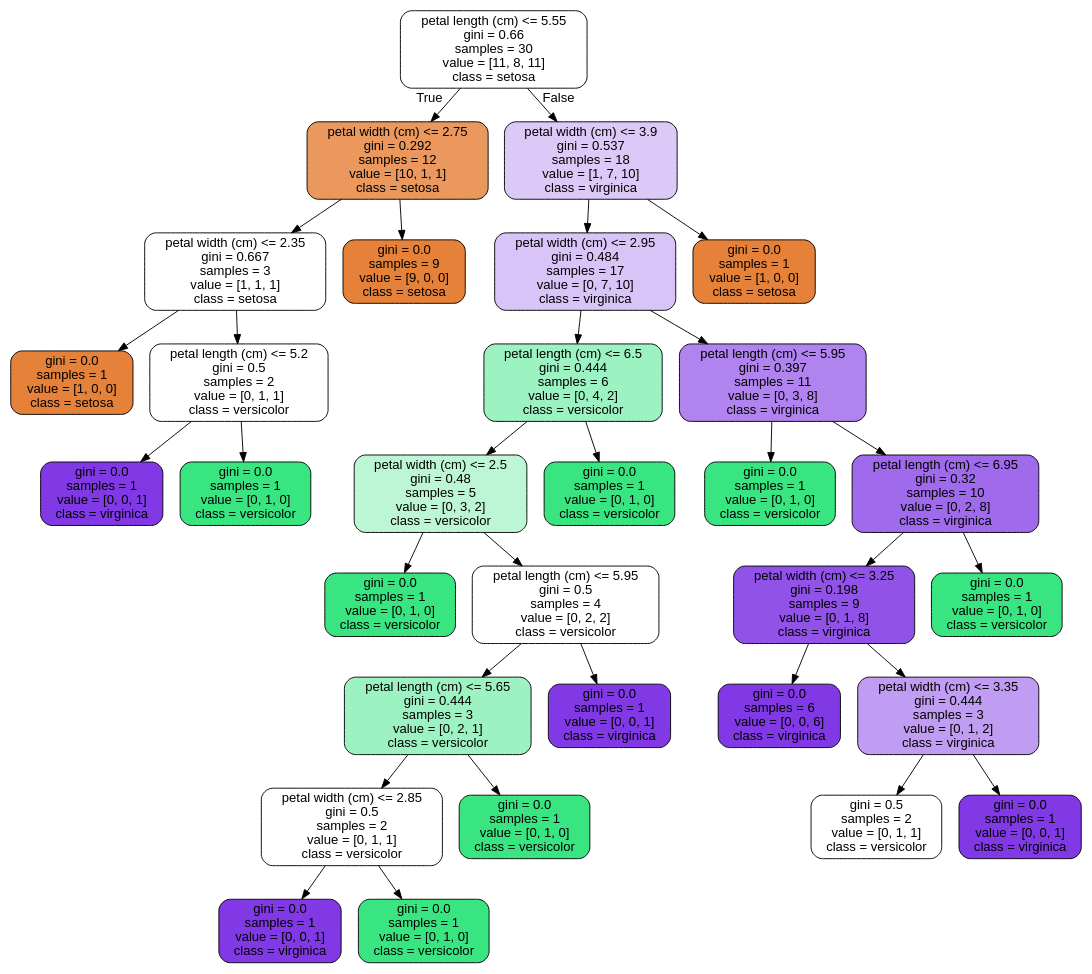
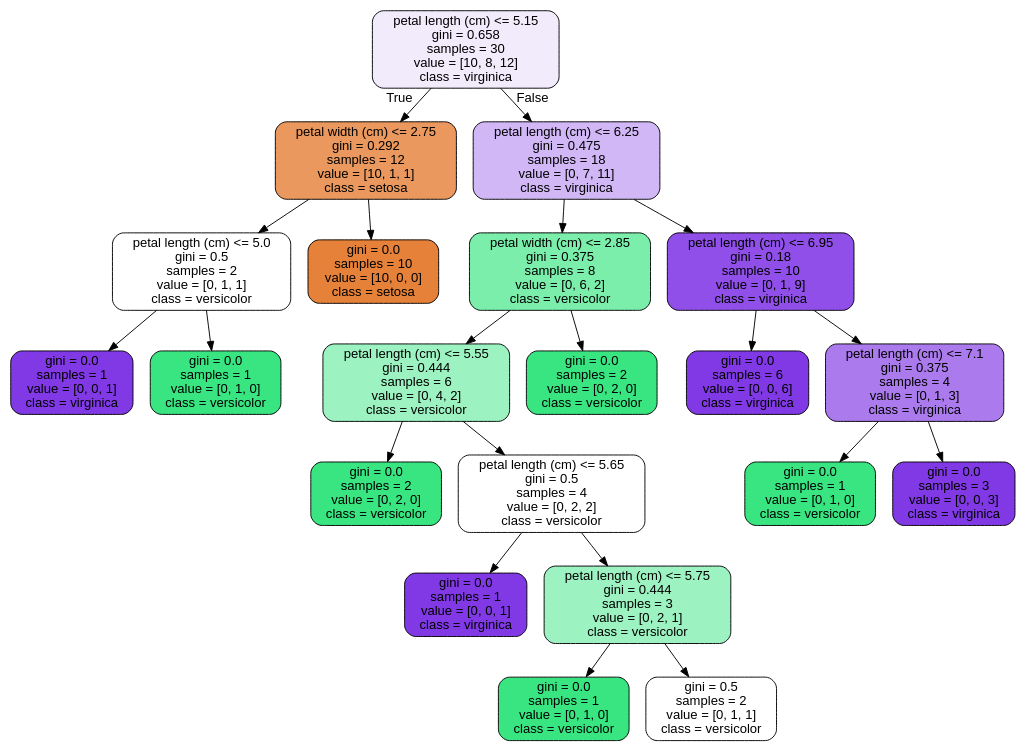
Before and after one commit to JoseDeJesusMendozaBecerril/Practica4_MineriaDeDatos: the diagram in images/decision_trees/iris_tree_test.dot, drawn with Graphviz. The commit also changed 8 other files, not shown here.

```diff
--- a/images/decision_trees/iris_tree_test.dot
+++ b/images/decision_trees/iris_tree_test.dot
@@ -1,65 +1,45 @@
 digraph Tree {
 node [shape=box, style="filled, rounded", color="black", fontname=helvetica] ;
 edge [fontname=helvetica] ;
-0 [label="petal length (cm) <= 5.55\ngini = 0.66\nsamples = 30\nvalue = [11, 8, 11]\nclass = setosa", fillcolor="#ffffff"] ;
+0 [label="petal length (cm) <= 5.15\ngini = 0.658\nsamples = 30\nvalue = [10, 8, 12]\nclass = virginica", fillcolor="#f2ebfc"] ;
 1 [label="petal width (cm) <= 2.75\ngini = 0.292\nsamples = 12\nvalue = [10, 1, 1]\nclass = setosa", fillcolor="#ea985d"] ;
 0 -> 1 [labeldistance=2.5, labelangle=45, headlabel="True"] ;
-2 [label="petal width (cm) <= 2.35\ngini = 0.667\nsamples = 3\nvalue = [1, 1, 1]\nclass = setosa", fillcolor="#ffffff"] ;
+2 [label="petal length (cm) <= 5.0\ngini = 0.5\nsamples = 2\nvalue = [0, 1, 1]\nclass = versicolor", fillcolor="#ffffff"] ;
 1 -> 2 ;
-3 [label="gini = 0.0\nsamples = 1\nvalue = [1, 0, 0]\nclass = setosa", fillcolor="#e58139"] ;
+3 [label="gini = 0.0\nsamples = 1\nvalue = [0, 0, 1]\nclass = virginica", fillcolor="#8139e5"] ;
 2 -> 3 ;
-4 [label="petal length (cm) <= 5.2\ngini = 0.5\nsamples = 2\nvalue = [0, 1, 1]\nclass = versicolor", fillcolor="#ffffff"] ;
+4 [label="gini = 0.0\nsamples = 1\nvalue = [0, 1, 0]\nclass = versicolor", fillcolor="#39e581"] ;
 2 -> 4 ;
-5 [label="gini = 0.0\nsamples = 1\nvalue = [0, 0, 1]\nclass = virginica", fillcolor="#8139e5"] ;
-4 -> 5 ;
-6 [label="gini = 0.0\nsamples = 1\nvalue = [0, 1, 0]\nclass = versicolor", fillcolor="#39e581"] ;
-4 -> 6 ;
-7 [label="gini = 0.0\nsamples = 9\nvalue = [9, 0, 0]\nclass = setosa", fillcolor="#e58139"] ;
-1 -> 7 ;
-8 [label="petal width (cm) <= 3.9\ngini = 0.537\nsamples = 18\nvalue = [1, 7, 10]\nclass = virginica", fillcolor="#ddc9f8"] ;
-0 -> 8 [labeldistance=2.5, labelangle=-45, headlabel="False"] ;
-9 [label="petal width (cm) <= 2.95\ngini = 0.484\nsamples = 17\nvalue = [0, 7, 10]\nclass = virginica", fillcolor="#d9c4f7"] ;
+5 [label="gini = 0.0\nsamples = 10\nvalue = [10, 0, 0]\nclass = setosa", fillcolor="#e58139"] ;
+1 -> 5 ;
+6 [label="petal length (cm) <= 6.25\ngini = 0.475\nsamples = 18\nvalue = [0, 7, 11]\nclass = virginica", fillcolor="#d1b7f6"] ;
+0 -> 6 [labeldistance=2.5, labelangle=-45, headlabel="False"] ;
+7 [label="petal width (cm) <= 2.85\ngini = 0.375\nsamples = 8\nvalue = [0, 6, 2]\nclass = versicolor", fillcolor="#7beeab"] ;
+6 -> 7 ;
+8 [label="petal length (cm) <= 5.55\ngini = 0.444\nsamples = 6\nvalue = [0, 4, 2]\nclass = versicolor", fillcolor="#9cf2c0"] ;
+7 -> 8 ;
+9 [label="gini = 0.0\nsamples = 2\nvalue = [0, 2, 0]\nclass = versicolor", fillcolor="#39e581"] ;
 8 -> 9 ;
-10 [label="petal length (cm) <= 6.5\ngini = 0.444\nsamples = 6\nvalue = [0, 4, 2]\nclass = versicolor", fillcolor="#9cf2c0"] ;
-9 -> 10 ;
-11 [label="petal width (cm) <= 2.5\ngini = 0.48\nsamples = 5\nvalue = [0, 3, 2]\nclass = versicolor", fillcolor="#bdf6d5"] ;
+10 [label="petal length (cm) <= 5.65\ngini = 0.5\nsamples = 4\nvalue = [0, 2, 2]\nclass = versicolor", fillcolor="#ffffff"] ;
+8 -> 10 ;
+11 [label="gini = 0.0\nsamples = 1\nvalue = [0, 0, 1]\nclass = virginica", fillcolor="#8139e5"] ;
 10 -> 11 ;
-12 [label="gini = 0.0\nsamples = 1\nvalue = [0, 1, 0]\nclass = versicolor", fillcolor="#39e581"] ;
-11 -> 12 ;
-13 [label="petal length (cm) <= 5.95\ngini = 0.5\nsamples = 4\nvalue = [0, 2, 2]\nclass = versicolor", fillcolor="#ffffff"] ;
-11 -> 13 ;
-14 [label="petal length (cm) <= 5.65\ngini = 0.444\nsamples = 3\nvalue = [0, 2, 1]\nclass = versicolor", fillcolor="#9cf2c0"] ;
-13 -> 14 ;
-15 [label="petal width (cm) <= 2.85\ngini = 0.5\nsamples = 2\nvalue = [0, 1, 1]\nclass = versicolor", fillcolor="#ffffff"] ;
-14 -> 15 ;
-16 [label="gini = 0.0\nsamples = 1\nvalue = [0, 0, 1]\nclass = virginica", fillcolor="#8139e5"] ;
-15 -> 16 ;
-17 [label="gini = 0.0\nsamples = 1\nvalue = [0, 1, 0]\nclass = versicolor", fillcolor="#39e581"] ;
-15 -> 17 ;
-18 [label="gini = 0.0\nsamples = 1\nvalue = [0, 1, 0]\nclass = versicolor", fillcolor="#39e581"] ;
-14 -> 18 ;
-19 [label="gini = 0.0\nsamples = 1\nvalue = [0, 0, 1]\nclass = virginica", fillcolor="#8139e5"] ;
-13 -> 19 ;
-20 [label="gini = 0.0\nsamples = 1\nvalue = [0, 1, 0]\nclass = versicolor", fillcolor="#39e581"] ;
-10 -> 20 ;
-21 [label="petal length (cm) <= 5.95\ngini = 0.397\nsamples = 11\nvalue = [0, 3, 8]\nclass = virginica", fillcolor="#b083ef"] ;
-9 -> 21 ;
-22 [label="gini = 0.0\nsamples = 1\nvalue = [0, 1, 0]\nclass = versicolor", fillcolor="#39e581"] ;
-21 -> 22 ;
-23 [label="petal length (cm) <= 6.95\ngini = 0.32\nsamples = 10\nvalue = [0, 2, 8]\nclass = virginica", fillcolor="#a06aec"] ;
-21 -> 23 ;
-24 [label="petal width (cm) <= 3.25\ngini = 0.198\nsamples = 9\nvalue = [0, 1, 8]\nclass = virginica", fillcolor="#9152e8"] ;
-23 -> 24 ;
-25 [label="gini = 0.0\nsamples = 6\nvalue = [0, 0, 6]\nclass = virginica", fillcolor="#8139e5"] ;
-24 -> 25 ;
-26 [label="petal width (cm) <= 3.35\ngini = 0.444\nsamples = 3\nvalue = [0, 1, 2]\nclass = virginica", fillcolor="#c09cf2"] ;
-24 -> 26 ;
-27 [label="gini = 0.5\nsamples = 2\nvalue = [0, 1, 1]\nclass = versicolor", fillcolor="#ffffff"] ;
-26 -> 27 ;
-28 [label="gini = 0.0\nsamples = 1\nvalue = [0, 0, 1]\nclass = virginica", fillcolor="#8139e5"] ;
-26 -> 28 ;
-29 [label="gini = 0.0\nsamples = 1\nvalue = [0, 1, 0]\nclass = versicolor", fillcolor="#39e581"] ;
-23 -> 29 ;
-30 [label="gini = 0.0\nsamples = 1\nvalue = [1, 0, 0]\nclass = setosa", fillcolor="#e58139"] ;
-8 -> 30 ;
+12 [label="petal length (cm) <= 5.75\ngini = 0.444\nsamples = 3\nvalue = [0, 2, 1]\nclass = versicolor", fillcolor="#9cf2c0"] ;
+10 -> 12 ;
+13 [label="gini = 0.0\nsamples = 1\nvalue = [0, 1, 0]\nclass = versicolor", fillcolor="#39e581"] ;
+12 -> 13 ;
+14 [label="gini = 0.5\nsamples = 2\nvalue = [0, 1, 1]\nclass = versicolor", fillcolor="#ffffff"] ;
+12 -> 14 ;
+15 [label="gini = 0.0\nsamples = 2\nvalue = [0, 2, 0]\nclass = versicolor", fillcolor="#39e581"] ;
+7 -> 15 ;
+16 [label="petal length (cm) <= 6.95\ngini = 0.18\nsamples = 10\nvalue = [0, 1, 9]\nclass = virginica", fillcolor="#8f4fe8"] ;
+6 -> 16 ;
+17 [label="gini = 0.0\nsamples = 6\nvalue = [0, 0, 6]\nclass = virginica", fillcolor="#8139e5"] ;
+16 -> 17 ;
+18 [label="petal length (cm) <= 7.1\ngini = 0.375\nsamples = 4\nvalue = [0, 1, 3]\nclass = virginica", fillcolor="#ab7bee"] ;
+16 -> 18 ;
+19 [label="gini = 0.0\nsamples = 1\nvalue = [0, 1, 0]\nclass = versicolor", fillcolor="#39e581"] ;
+18 -> 19 ;
+20 [label="gini = 0.0\nsamples = 3\nvalue = [0, 0, 3]\nclass = virginica", fillcolor="#8139e5"] ;
+18 -> 20 ;
 }
```
